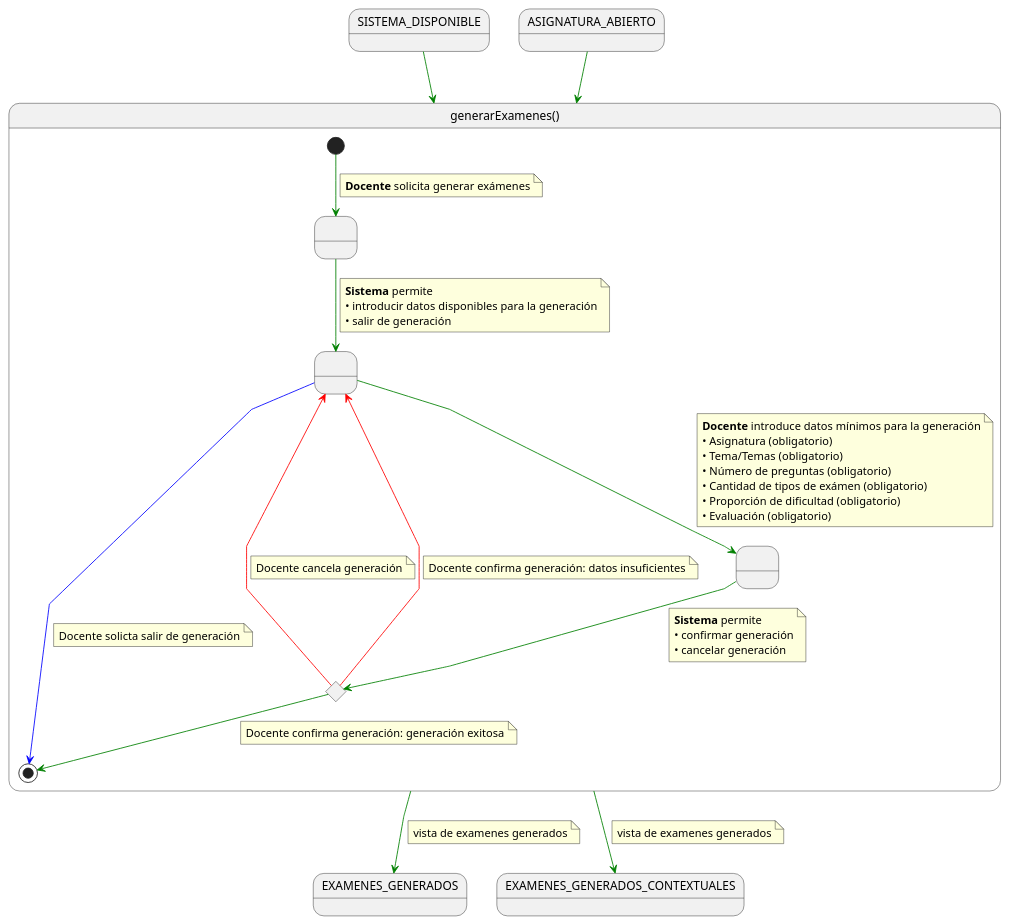
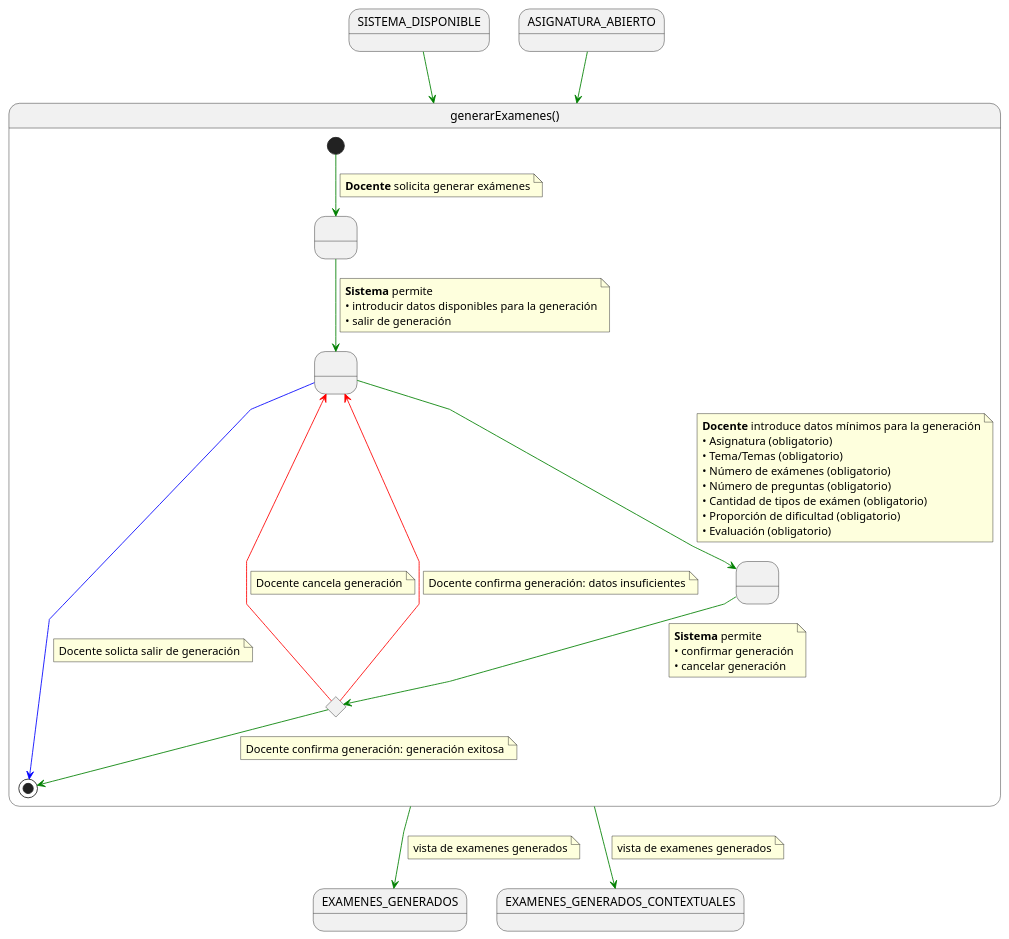
One commit to martinlopez7/25-26-IdSw1-SdR changed the diagram in documents/casos-de-uso/detalladoCasosDeUso/generarExamenes/generarExamenes.puml. Above: the diagram before and after it, drawn with PlantUML. The commit also changed 13 other files, not shown here.

Commit message:
fix&refactor(cu&mdd): corrige explicaciones, casos de uso, diagrama de estados de examen y añade definiciones al glosario

```diff
--- a/documents/casos-de-uso/detalladoCasosDeUso/generarExamenes/generarExamenes.puml
+++ b/documents/casos-de-uso/detalladoCasosDeUso/generarExamenes/generarExamenes.puml
@@ -1,81 +1,82 @@
 @startuml generar
 
 skinparam linetype polyline
 
 state generarExamenes as "generarExamenes()" {
 
     state " " as RequiringGeneration
     state " " as ProvidingData
     state " " as ProvidingConfirmation
     state c <<choice>>
 
     [*] -[#green]-> RequiringGeneration 
     note on link
     <b>Docente</b> solicita generar exámenes
     end note    
     
     RequiringGeneration -[#green]-> ProvidingData
     note on link
     <b>Sistema</b> permite
     • introducir datos disponibles para la generación
     • salir de generación
     end note
     
     ProvidingData -[#green]-> ProvidingConfirmation
     note on link
     <b>Docente</b> introduce datos mínimos para la generación
     • Asignatura (obligatorio)
     • Tema/Temas (obligatorio)
+    • Número de exámenes (obligatorio)
     • Número de preguntas (obligatorio)
     • Cantidad de tipos de exámen (obligatorio)
     • Proporción de dificultad (obligatorio)
     • Evaluación (obligatorio)
     end note
     
     ProvidingConfirmation -[#green]-> c
     note on link
     <b>Sistema</b> permite
     • confirmar generación
     • cancelar generación
     end note
     
     c -[#red]-> ProvidingData
     note on link
     Docente cancela generación
     end note
 
     c -[#red]-> ProvidingData
     note on link
     Docente confirma generación: datos insuficientes
     end note
 
     c -[#green]-> [*]
     note on link
     Docente confirma generación: generación exitosa
     end note
     
     ProvidingData -[#blue]-> [*]
     note on link
     Docente solicta salir de generación
     end note
 }
 
 state EXAMENES_GENERADOS
 state EXAMENES_GENERADOS_CONTEXTUALES
 
 SISTEMA_DISPONIBLE -[#green]-> generarExamenes
 
 generarExamenes -[#green]-> EXAMENES_GENERADOS
 note on link
 vista de examenes generados
 end note
 
 generarExamenes -[#green]-> EXAMENES_GENERADOS_CONTEXTUALES
 note on link
 vista de examenes generados
 end note
 
 ASIGNATURA_ABIERTO -[#green]-> generarExamenes
 
 
 @enduml
```
